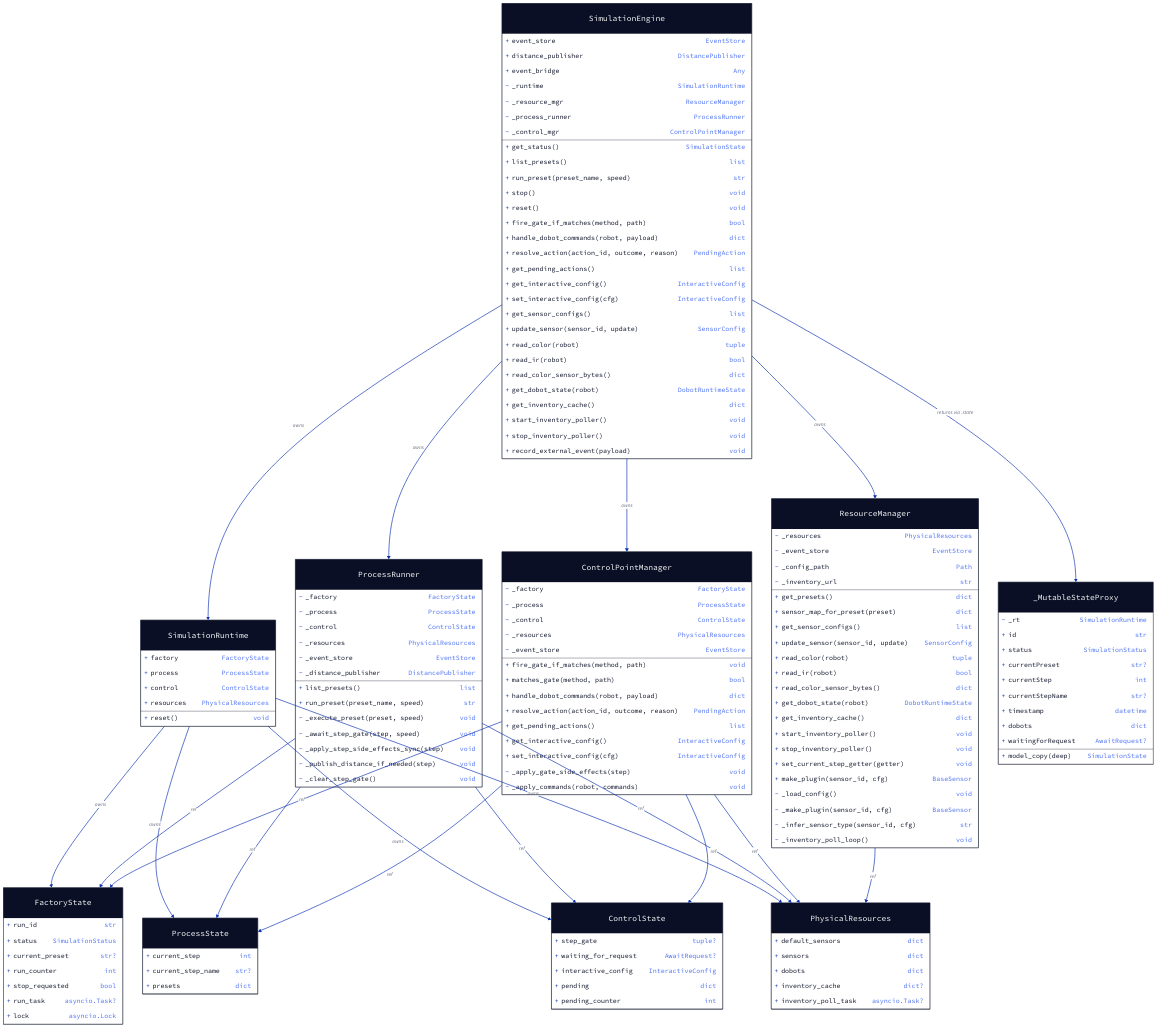
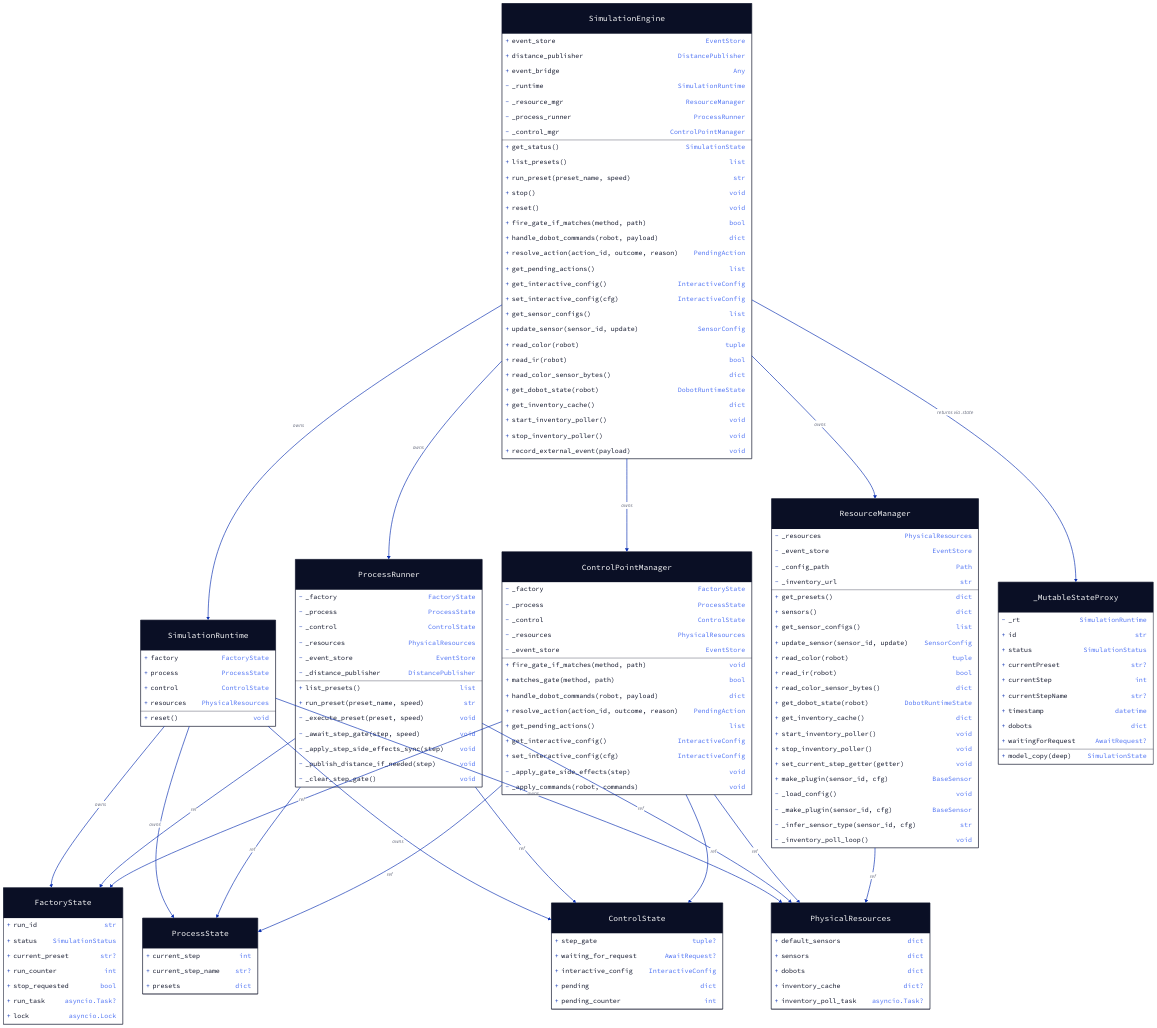
One commit to ielpo/edpo-project-group1 changed the diagram in services/simulated-factory/simulated_factory/diagrams/03-engine-class.d2. Above: the diagram before and after it, drawn with D2. The commit also changed 7 other files, not shown here.

```diff
--- a/services/simulated-factory/simulated_factory/diagrams/03-engine-class.d2
+++ b/services/simulated-factory/simulated_factory/diagrams/03-engine-class.d2
@@ -1,189 +1,189 @@
 # Engine class diagram: facade, runtime state holders, and the three domain managers.
 # Render: d2 03-engine-class.d2 engine-class.svg
 
 SimulationEngine: {
   shape: class
 
   +event_store: EventStore
   +distance_publisher: DistancePublisher
   +event_bridge: Any
   -_runtime: SimulationRuntime
   -_resource_mgr: ResourceManager
   -_process_runner: ProcessRunner
   -_control_mgr: ControlPointManager
 
   +get_status(): SimulationState
   +list_presets(): list
   +run_preset(preset_name, speed): str
   +stop()
   +reset()
   +fire_gate_if_matches(method, path): bool
   +handle_dobot_commands(robot, payload): dict
   +resolve_action(action_id, outcome, reason): PendingAction
   +get_pending_actions(): list
   +get_interactive_config(): InteractiveConfig
   +set_interactive_config(cfg): InteractiveConfig
   +get_sensor_configs(): list
   +update_sensor(sensor_id, update): SensorConfig
   +read_color(robot): tuple
   +read_ir(robot): bool
   +read_color_sensor_bytes(): dict
   +get_dobot_state(robot): DobotRuntimeState
   +get_inventory_cache(): dict
   +start_inventory_poller()
   +stop_inventory_poller()
   +record_external_event(payload)
 }
 
 SimulationRuntime: {
   shape: class
   +factory: FactoryState
   +process: ProcessState
   +control: ControlState
   +resources: PhysicalResources
   +reset()
 }
 
 FactoryState: {
   shape: class
   +run_id: str
   +status: SimulationStatus
   +current_preset: str?
   +run_counter: int
   +stop_requested: bool
   +run_task: asyncio.Task?
   +lock: asyncio.Lock
 }
 
 ProcessState: {
   shape: class
   +current_step: int
   +current_step_name: str?
   +presets: dict
 }
 
 ControlState: {
   shape: class
   +step_gate: tuple?
   +waiting_for_request: AwaitRequest?
   +interactive_config: InteractiveConfig
   +pending: dict
   +pending_counter: int
 }
 
 PhysicalResources: {
   shape: class
   +default_sensors: dict
   +sensors: dict
   +dobots: dict
   +inventory_cache: dict?
   +inventory_poll_task: asyncio.Task?
 }
 
 ProcessRunner: {
   shape: class
 
   -_factory: FactoryState
   -_process: ProcessState
   -_control: ControlState
   -_resources: PhysicalResources
   -_event_store: EventStore
   -_distance_publisher: DistancePublisher
 
   +list_presets(): list
   +run_preset(preset_name, speed): str
   -_execute_preset(preset, speed)
   -_await_step_gate(step, speed)
   -_apply_step_side_effects_sync(step)
   -_publish_distance_if_needed(step)
   -_clear_step_gate()
 }
 
 ControlPointManager: {
   shape: class
 
   -_factory: FactoryState
   -_process: ProcessState
   -_control: ControlState
   -_resources: PhysicalResources
   -_event_store: EventStore
 
   +fire_gate_if_matches(method, path)
   +matches_gate(method, path): bool
   +handle_dobot_commands(robot, payload): dict
   +resolve_action(action_id, outcome, reason): PendingAction
   +get_pending_actions(): list
   +get_interactive_config(): InteractiveConfig
   +set_interactive_config(cfg): InteractiveConfig
   -_apply_gate_side_effects(step)
   -_apply_commands(robot, commands)
 }
 
 ResourceManager: {
   shape: class
 
   -_resources: PhysicalResources
   -_event_store: EventStore
   -_config_path: Path
   -_inventory_url: str
 
   +get_presets(): dict
-  +sensor_map_for_preset(preset): dict
+  +sensors(): dict
   +get_sensor_configs(): list
   +update_sensor(sensor_id, update): SensorConfig
   +read_color(robot): tuple
   +read_ir(robot): bool
   +read_color_sensor_bytes(): dict
   +get_dobot_state(robot): DobotRuntimeState
   +get_inventory_cache(): dict
   +start_inventory_poller()
   +stop_inventory_poller()
   +set_current_step_getter(getter)
   +make_plugin(sensor_id, cfg): BaseSensor
   -_load_config()
   -_make_plugin(sensor_id, cfg): BaseSensor
   -_infer_sensor_type(sensor_id, cfg): str
   -_inventory_poll_loop()
 }
 
 _MutableStateProxy: {
   shape: class
 
   # Backward-compat shim exposed via SimulationEngine.state.
   # All fields are proxied to SimulationRuntime.
   -_rt: SimulationRuntime
   +id: str
   +status: SimulationStatus
   +currentPreset: str?
   +currentStep: int
   +currentStepName: str?
   +timestamp: datetime
   +dobots: dict
   +waitingForRequest: AwaitRequest?
   +model_copy(deep): SimulationState
 }
 
 # Composition: SimulationEngine owns runtime + managers
 SimulationEngine     -> SimulationRuntime:    "owns"
 SimulationEngine     -> ProcessRunner:        "owns"
 SimulationEngine     -> ControlPointManager:  "owns"
 SimulationEngine     -> ResourceManager:      "owns"
 SimulationEngine     -> _MutableStateProxy:   "returns via .state"
 
 SimulationRuntime    -> FactoryState:         "owns"
 SimulationRuntime    -> ProcessState:         "owns"
 SimulationRuntime    -> ControlState:         "owns"
 SimulationRuntime    -> PhysicalResources:    "owns"
 
 # Managers share references to runtime sub-states (not ownership)
 ProcessRunner        -> FactoryState:         "ref"
 ProcessRunner        -> ProcessState:         "ref"
 ProcessRunner        -> ControlState:         "ref"
 ProcessRunner        -> PhysicalResources:    "ref"
 
 ControlPointManager  -> FactoryState:         "ref"
 ControlPointManager  -> ProcessState:         "ref"
 ControlPointManager  -> ControlState:         "ref"
 ControlPointManager  -> PhysicalResources:    "ref"
 
 ResourceManager      -> PhysicalResources:    "ref"
```
